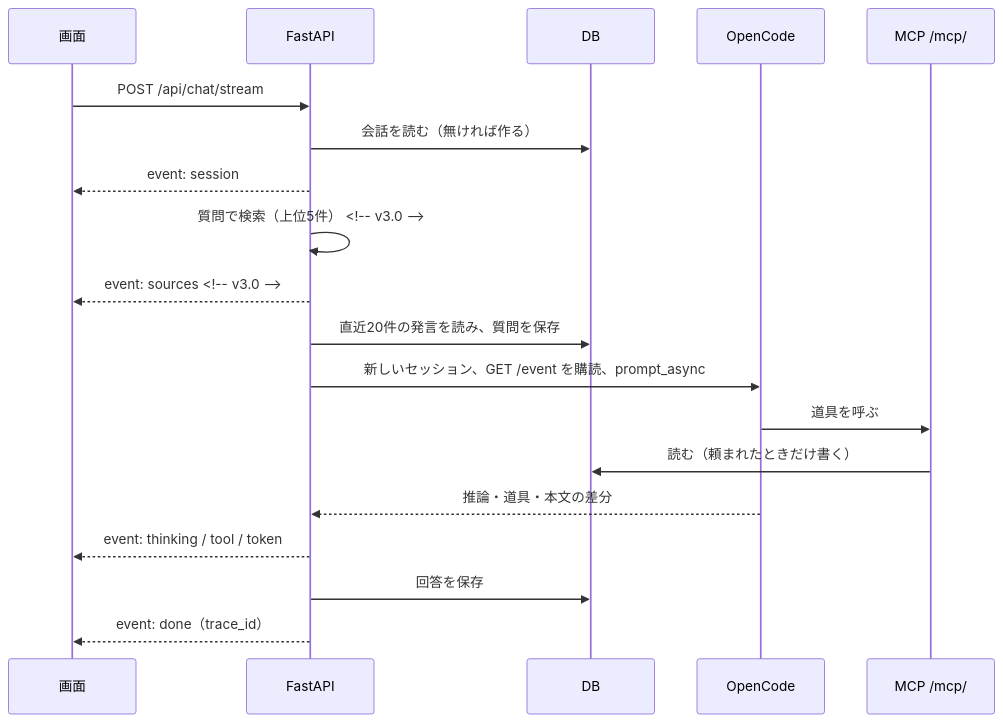
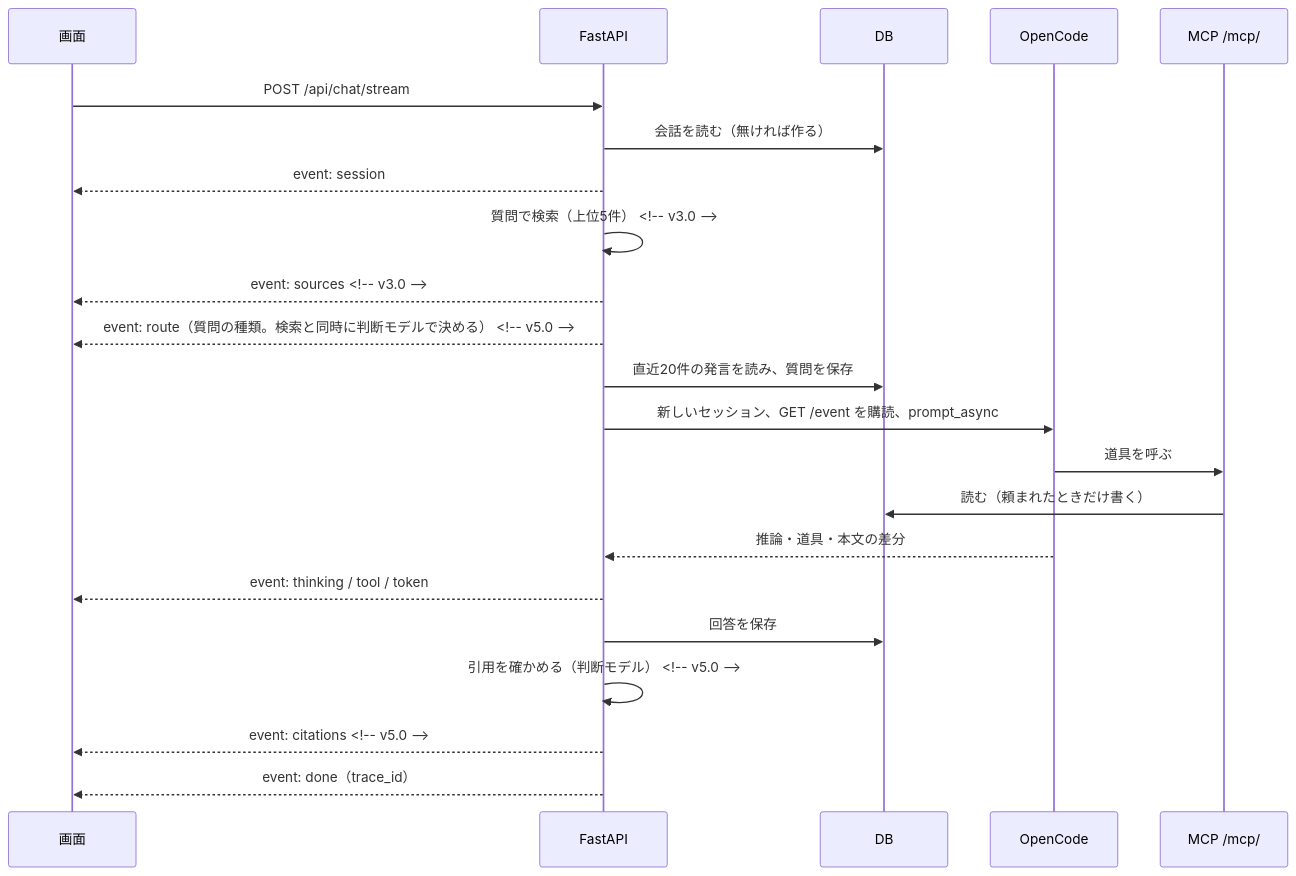
One commit to luvwinnie/2026_ai_seminar changed the second of 2 diagrams in docs/spec_src/04_API設計書.md. Above: the diagram before and after it, drawn with Mermaid. The commit also changed other lines of this file and 15 other files, not shown here.

````diff
--- a/docs/spec_src/04_API設計書.md
+++ b/docs/spec_src/04_API設計書.md
@@ -322,21 +332,24 @@
 ```mermaid
 sequenceDiagram
     participant B as 画面
     participant API as FastAPI
     participant DB as DB
     participant OC as OpenCode
     participant MCP as MCP /mcp/
     B->>API: POST /api/chat/stream
     API->>DB: 会話を読む（無ければ作る）
     API-->>B: event: session
     API->>API: 質問で検索（上位5件） <!-- v3.0 -->
     API-->>B: event: sources <!-- v3.0 -->
+    API-->>B: event: route（質問の種類。検索と同時に判断モデルで決める） <!-- v5.0 -->
     API->>DB: 直近20件の発言を読み、質問を保存
     API->>OC: 新しいセッション、GET /event を購読、prompt_async
     OC->>MCP: 道具を呼ぶ
     MCP->>DB: 読む（頼まれたときだけ書く）
     OC-->>API: 推論・道具・本文の差分
     API-->>B: event: thinking / tool / token
     API->>DB: 回答を保存
+    API->>API: 引用を確かめる（判断モデル） <!-- v5.0 -->
+    API-->>B: event: citations <!-- v5.0 -->
     API-->>B: event: done（trace_id）
 ```
````
